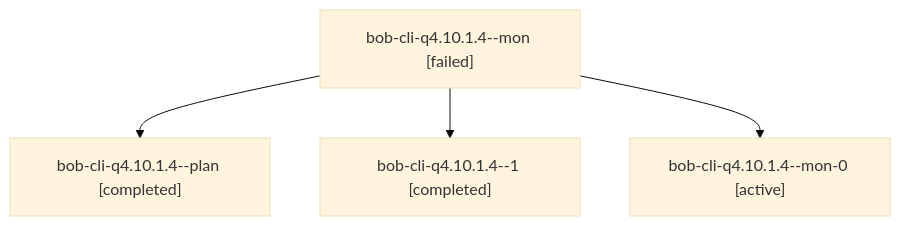
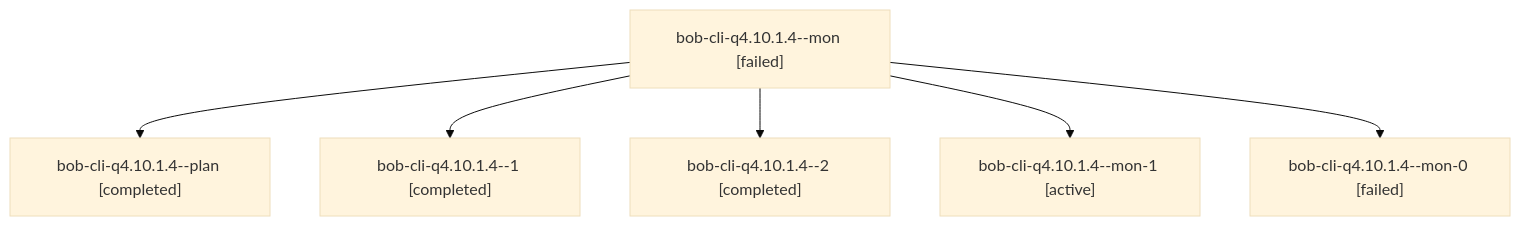
One commit to bobs-org/bob-cli--agents changed the diagram in sessions/bbugyi200.athena.bob-cli-q4.10.1.4.md. Above: the diagram before and after it, drawn with Mermaid (base theme). The commit also changed other lines of this file and 98 other files, not shown here.

````diff
--- a/sessions/bbugyi200.athena.bob-cli-q4.10.1.4.md
+++ b/sessions/bbugyi200.athena.bob-cli-q4.10.1.4.md
@@ -9,10 +9,14 @@
 ```mermaid
 flowchart TD
   n0["bob-cli-q4.10.1.4--mon [failed]"]
   n1["bob-cli-q4.10.1.4--plan [completed]"]
   n0 --> n1
   n2["bob-cli-q4.10.1.4--1 [completed]"]
   n0 --> n2
-  n3["bob-cli-q4.10.1.4--mon-0 [active]"]
+  n3["bob-cli-q4.10.1.4--2 [completed]"]
   n0 --> n3
+  n4["bob-cli-q4.10.1.4--mon-1 [active]"]
+  n0 --> n4
+  n5["bob-cli-q4.10.1.4--mon-0 [failed]"]
+  n0 --> n5
 ```
````
